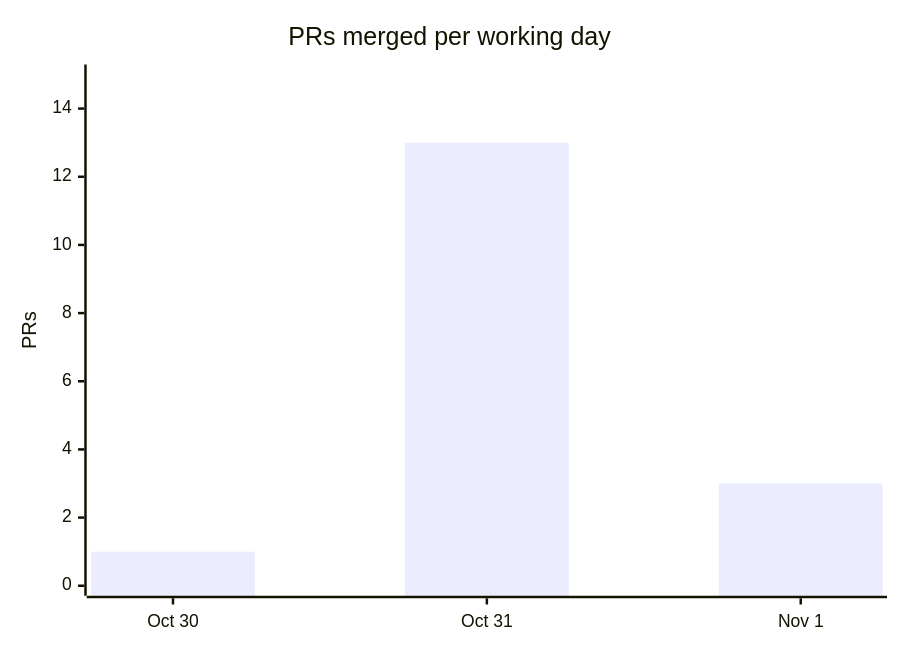
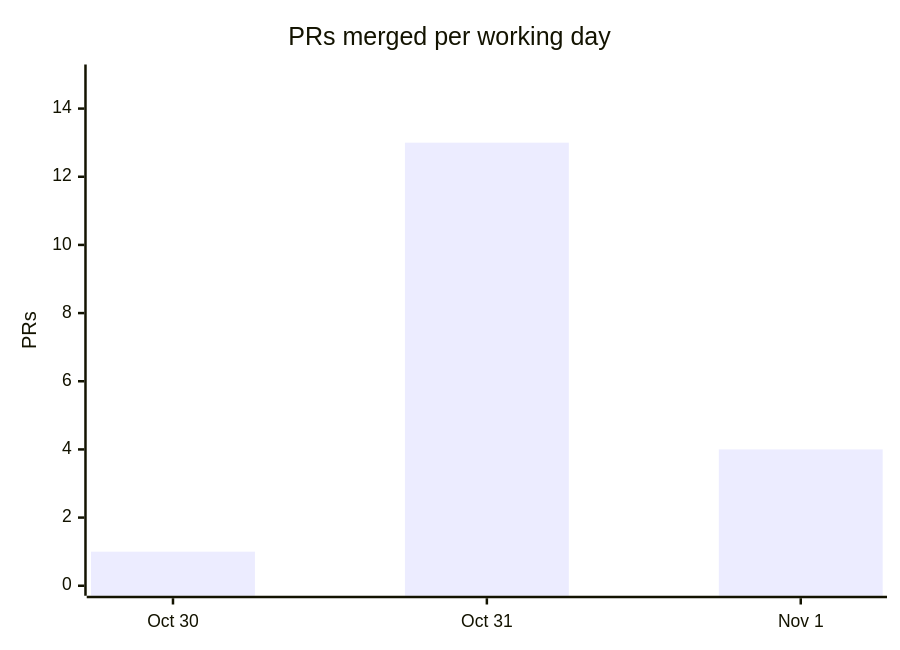
The fourth of 4 diagrams in docs/OVERVIEW.md (cmprssd/nfsh), drawn with Mermaid before and after one commit. The commit also changed other lines of this file and 10 other files, not shown here.

````diff
--- a/docs/OVERVIEW.md
+++ b/docs/OVERVIEW.md
@@ -139,7 +139,7 @@
 ```mermaid
 xychart-beta
     title "PRs merged per working day"
     x-axis ["Oct 30", "Oct 31", "Nov 1"]
     y-axis "PRs" 0 --> 15
-    bar [1, 13, 3]
+    bar [1, 13, 4]
 ```
````
